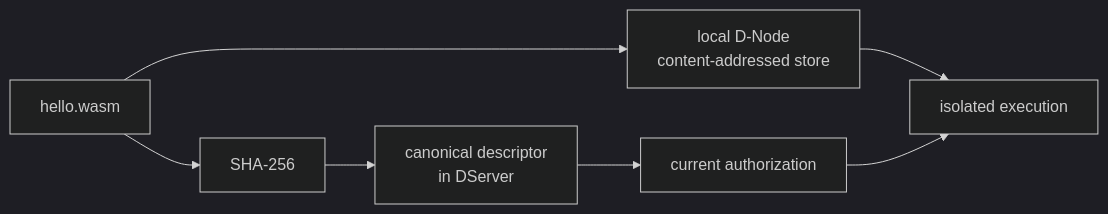
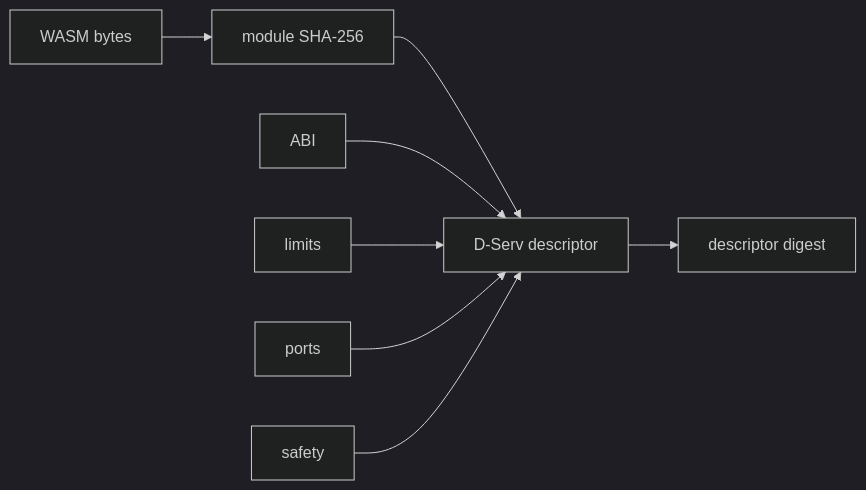
Before and after one commit to dnredson/datum-docs: the second of 2 diagrams in docs/tutorials/artifacts.md, drawn with Mermaid (dark theme). The commit also changed other lines of this file and 10 other files, not shown here.

````diff
--- a/docs/tutorials/artifacts.md
+++ b/docs/tutorials/artifacts.md
@@ -304,9 +204,10 @@
 ```mermaid
 flowchart LR
-    WASM["hello.wasm"] --> HASH["SHA-256"]
-    HASH --> DESC["canonical descriptor\nin DServer"]
-    WASM --> STORE["local D-Node\ncontent-addressed store"]
-    DESC --> AUTH["current authorization"]
-    STORE --> EXEC["isolated execution"]
-    AUTH --> EXEC
+    B["WASM bytes"] --> M["module SHA-256"]
+    M --> D["D-Serv descriptor"]
+    ABI["ABI"] --> D
+    LIM["limits"] --> D
+    PORT["ports"] --> D
+    SAFE["safety"] --> D
+    D --> DD["descriptor digest"]
 ```
````
